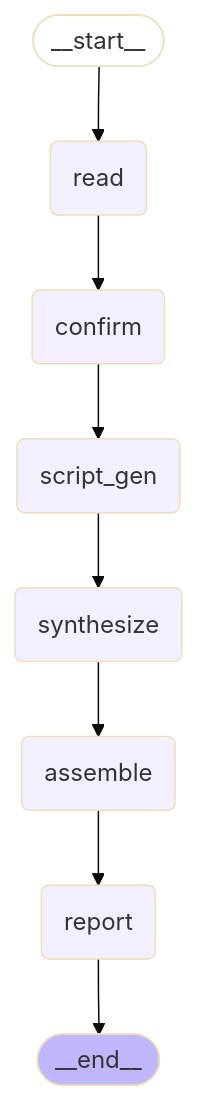
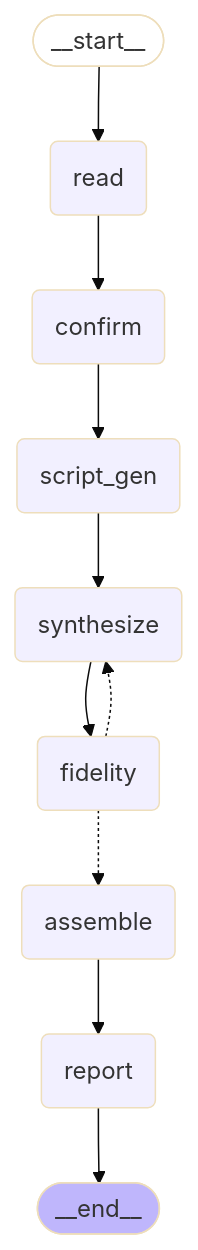
One commit to garciadias/audify changed the diagram in docs/graph.md. Above: the diagram before and after it, drawn with Mermaid (base theme). The commit also changed other lines of this file and 14 other files, not shown here.

````diff
--- a/docs/graph.md
+++ b/docs/graph.md
@@ -5,22 +5,25 @@
 ```mermaid
 graph TD;
 	__start__([<p>__start__</p>]):::first
 	read(read)
 	confirm(confirm)
 	script_gen(script_gen)
 	synthesize(synthesize)
+	fidelity(fidelity)
 	assemble(assemble)
 	report(report)
 	__end__([<p>__end__</p>]):::last
 	__start__ --> read;
 	assemble --> report;
 	confirm --> script_gen;
+	fidelity -.-> assemble;
+	fidelity -.-> synthesize;
 	read --> confirm;
 	script_gen --> synthesize;
-	synthesize --> assemble;
+	synthesize --> fidelity;
 	report --> __end__;
 	classDef default fill:#f2f0ff,line-height:1.2
 	classDef first fill-opacity:0
 	classDef last fill:#bfb6fc
 
 ```
````
